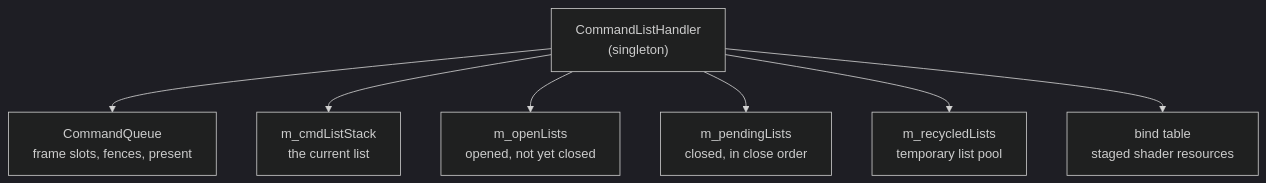
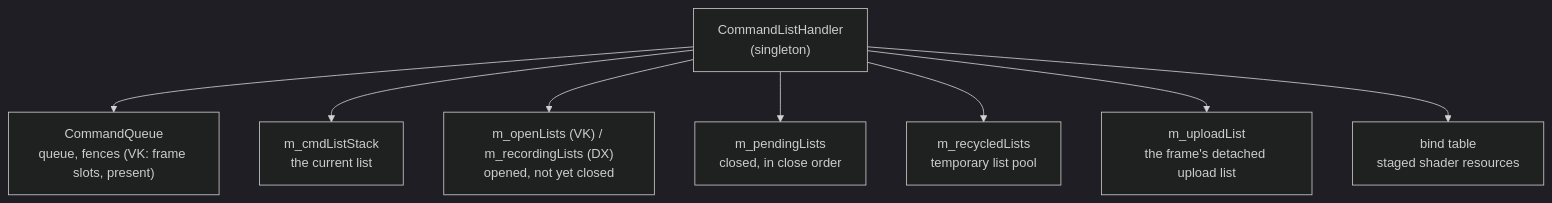
Before and after one commit to DietfridMali/CustomLibs: the second of 2 diagrams in rendertools/documentation/04-command-lists.md, drawn with Mermaid (dark theme). The commit also changed other lines of this file and 10 other files, not shown here.

````diff
--- a/rendertools/documentation/04-command-lists.md
+++ b/rendertools/documentation/04-command-lists.md
@@ -43,9 +44,10 @@
 ```mermaid
 graph TD
-    CLH["CommandListHandler<br/>(singleton)"] --> CQ["CommandQueue<br/>frame slots, fences, present"]
+    CLH["CommandListHandler<br/>(singleton)"] --> CQ["CommandQueue<br/>queue, fences (VK: frame slots, present)"]
     CLH --> ST["m_cmdListStack<br/>the current list"]
-    CLH --> OP["m_openLists<br/>opened, not yet closed"]
+    CLH --> OP["m_openLists (VK) / m_recordingLists (DX)<br/>opened, not yet closed"]
     CLH --> PE["m_pendingLists<br/>closed, in close order"]
     CLH --> RE["m_recycledLists<br/>temporary list pool"]
+    CLH --> UP["m_uploadList<br/>the frame's detached upload list"]
     CLH --> BT["bind table<br/>staged shader resources"]
 ```
````
